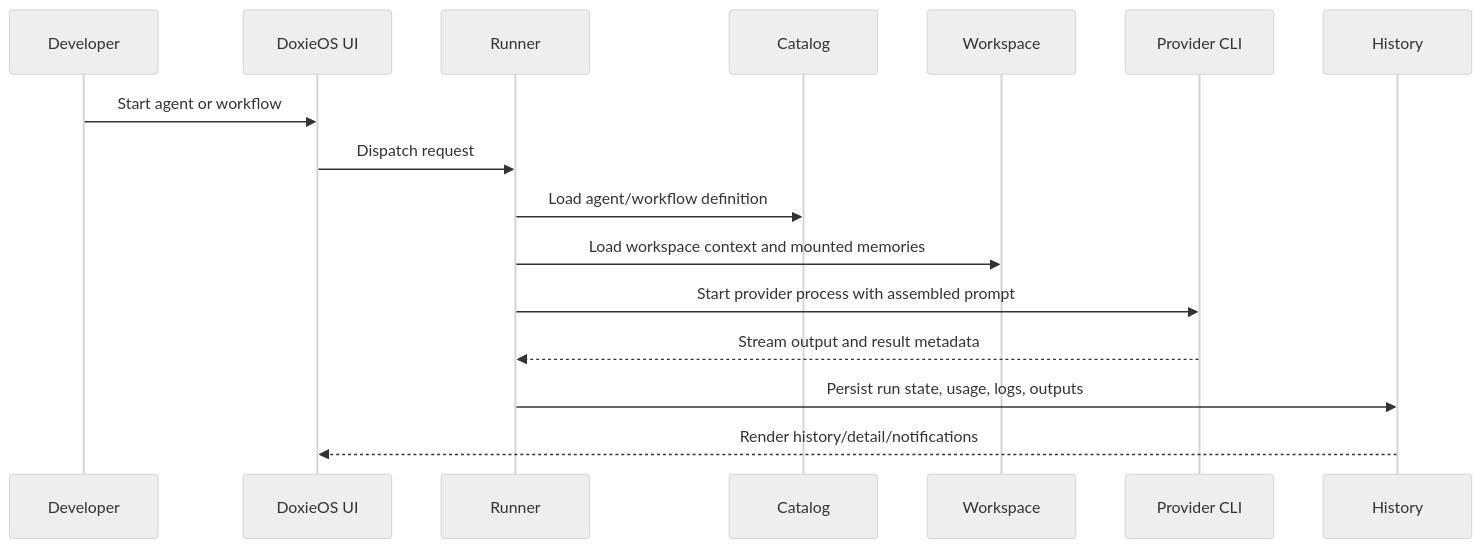
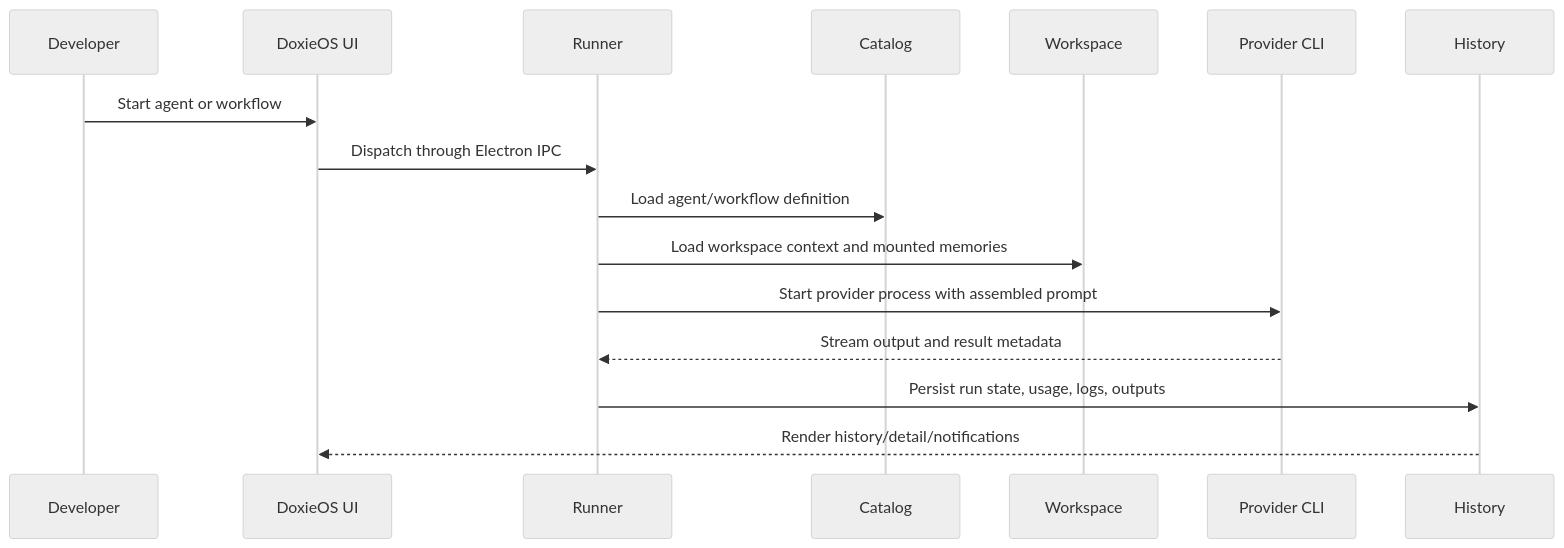
Before and after one commit to viamus/DoxieOS: the second of 5 diagrams in docs/architecture.md, drawn with Mermaid (neutral theme). The commit also changed other lines of this file and 349 other files, not shown here.

````diff
--- a/docs/architecture.md
+++ b/docs/architecture.md
@@ -39,19 +41,19 @@
 ```mermaid
 sequenceDiagram
     participant U as Developer
     participant UI as DoxieOS UI
     participant R as Runner
     participant C as Catalog
     participant W as Workspace
     participant P as Provider CLI
     participant H as History
 
     U->>UI: Start agent or workflow
-    UI->>R: Dispatch request
+    UI->>R: Dispatch through Electron IPC
     R->>C: Load agent/workflow definition
     R->>W: Load workspace context and mounted memories
     R->>P: Start provider process with assembled prompt
     P-->>R: Stream output and result metadata
     R->>H: Persist run state, usage, logs, outputs
     H-->>UI: Render history/detail/notifications
 ```
````
